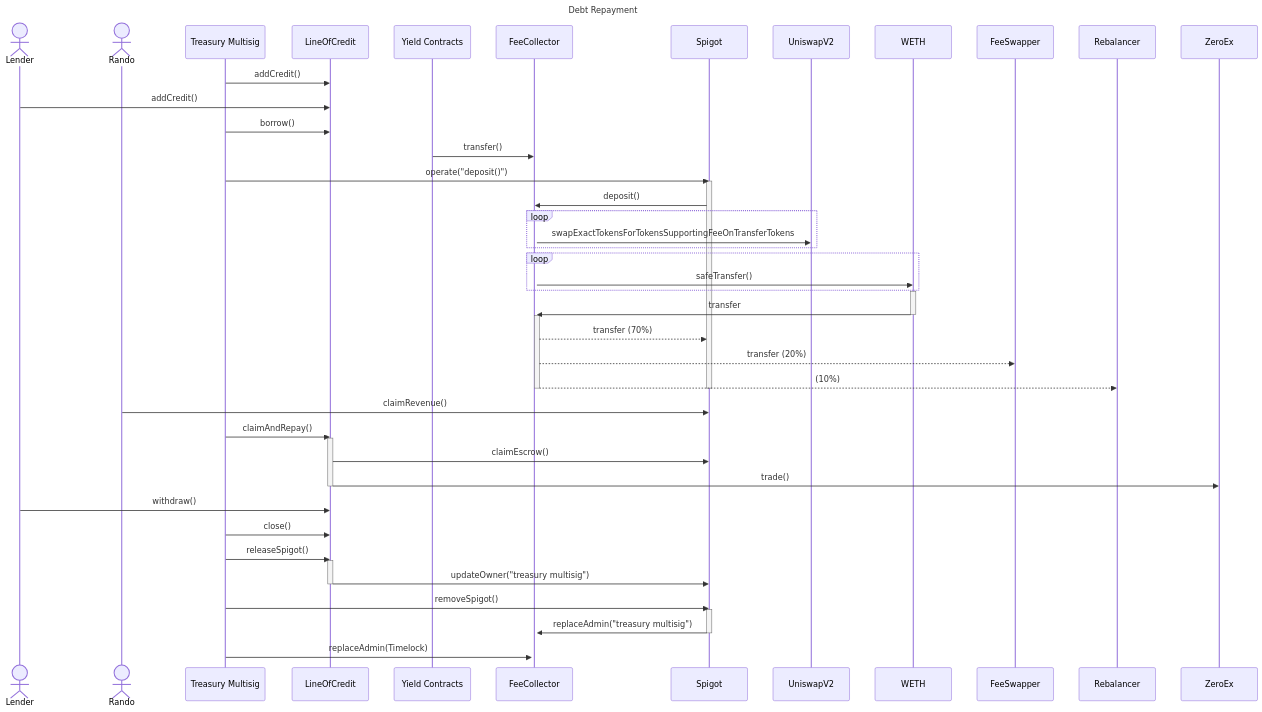
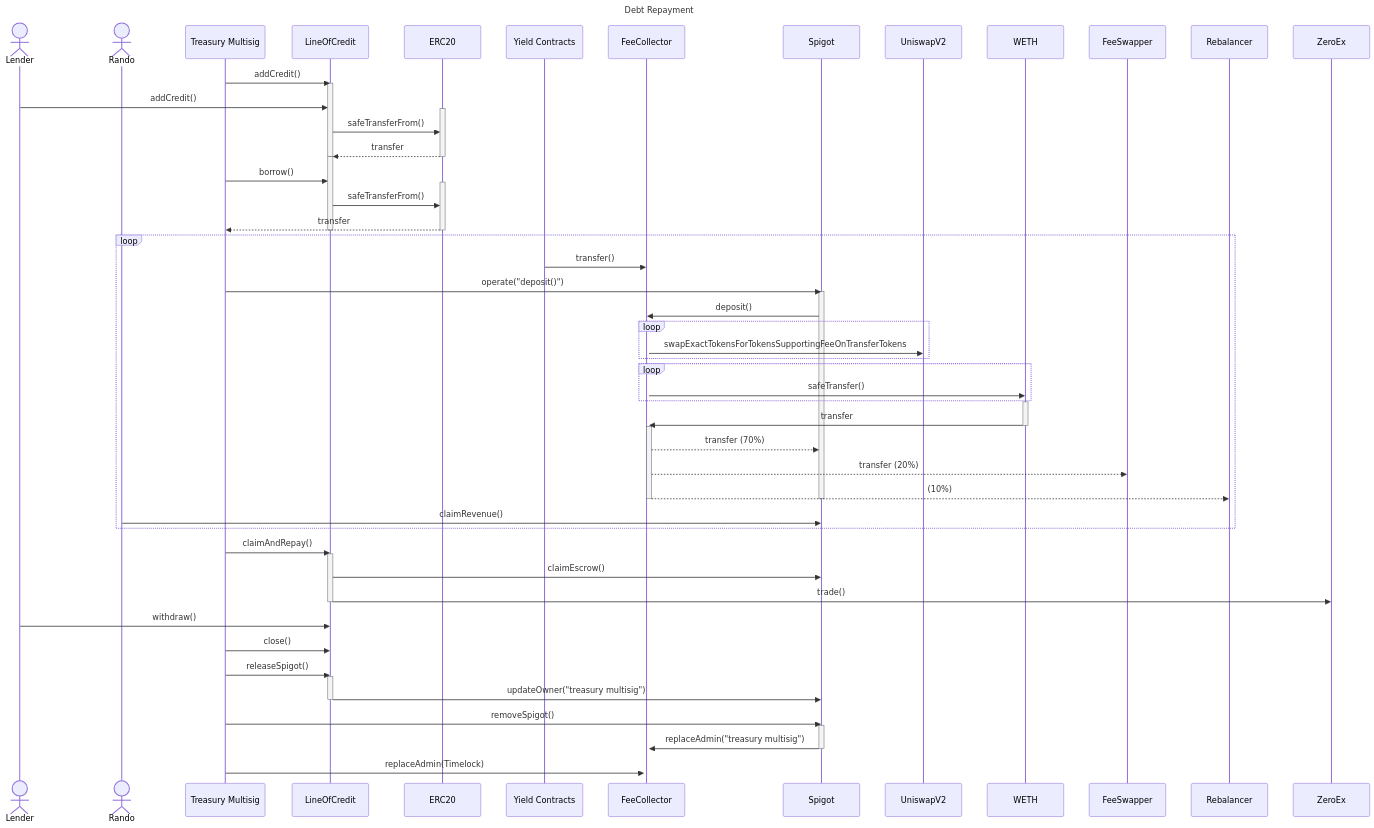
One commit to debtdao/spigot-migrations changed the third of 3 diagrams in migrations/idle-finance/docs.md. Above: the diagram before and after it, drawn with Mermaid. The commit also changed other lines of this file and 2 other files, not shown here.

Commit message:
update debt repayment description docs for idle

````diff
--- a/migrations/idle-finance/docs.md
+++ b/migrations/idle-finance/docs.md
@@ -65,66 +94,80 @@
 ```mermaid
 sequenceDiagram
     title Debt Repayment
 
     actor Lender
     actor Rando
 
     Treasury Multisig ->> LineOfCredit: addCredit()
+    activate LineOfCredit
     Lender ->> LineOfCredit: addCredit()
+    activate ERC20
+    LineOfCredit ->> ERC20: safeTransferFrom()
+    ERC20 -->> LineOfCredit: transfer
+    deactivate ERC20
+    deactivate LineOfCredit
 
+    activate LineOfCredit
     Treasury Multisig ->> LineOfCredit: borrow()
+    activate ERC20
+    LineOfCredit ->> ERC20: safeTransferFrom()
+    ERC20 -->> Treasury Multisig: transfer
+    deactivate ERC20
+    deactivate LineOfCredit
 
-    Yield Contracts ->> FeeCollector: transfer()
+    loop
+      Yield Contracts ->> FeeCollector: transfer()
 
 
-    Treasury Multisig ->> Spigot: operate("deposit()")
-    activate Spigot
-    Spigot ->> FeeCollector: deposit()
-    activate FeeCollector
-    loop
-        FeeCollector ->> UniswapV2: swapExactTokensForTokensSupportingFeeOnTransferTokens
-    end
-    loop
-        FeeCollector ->> WETH: safeTransfer()
-    end
+      Treasury Multisig ->> Spigot: operate("deposit()")
+      activate Spigot
+      Spigot ->> FeeCollector: deposit()
+      activate FeeCollector
+      loop
+          FeeCollector ->> UniswapV2: swapExactTokensForTokensSupportingFeeOnTransferTokens
+      end
+      loop
+          FeeCollector ->> WETH: safeTransfer()
+      end
 
-    activate WETH
+      activate WETH
 
-    WETH ->> FeeCollector: transfer
+      WETH ->> FeeCollector: transfer
 
-    deactivate WETH
+      deactivate WETH
 
-    activate FeeCollector
+      activate FeeCollector
 
-    FeeCollector -->> Spigot: transfer (70%)
-    FeeCollector -->> FeeSwapper: transfer (20%)
-    FeeCollector -->> Rebalancer: (10%)
+      FeeCollector -->> Spigot: transfer (70%)
+      FeeCollector -->> FeeSwapper: transfer (20%)
+      FeeCollector -->> Rebalancer: (10%)
 
-    deactivate FeeCollector
+      deactivate FeeCollector
 
 
-    deactivate Spigot
+      deactivate Spigot
 
-    Rando ->> Spigot: claimRevenue()
+      Rando ->> Spigot: claimRevenue()
+    end
 
     Treasury Multisig ->> LineOfCredit: claimAndRepay()
     activate LineOfCredit
     LineOfCredit ->> Spigot: claimEscrow()
     LineOfCredit ->> ZeroEx: trade()
     deactivate LineOfCredit
     Lender ->> LineOfCredit: withdraw()
     Treasury Multisig ->> LineOfCredit: close()
     Treasury Multisig ->> LineOfCredit: releaseSpigot()
     activate LineOfCredit
     LineOfCredit ->> Spigot: updateOwner("treasury multisig")
     deactivate LineOfCredit
     Treasury Multisig ->> Spigot: removeSpigot()
     activate Spigot
     Spigot ->> FeeCollector: replaceAdmin("treasury multisig")
     deactivate Spigot
     Treasury Multisig ->> FeeCollector: replaceAdmin(Timelock)
 
 
 
 
 ```
````
